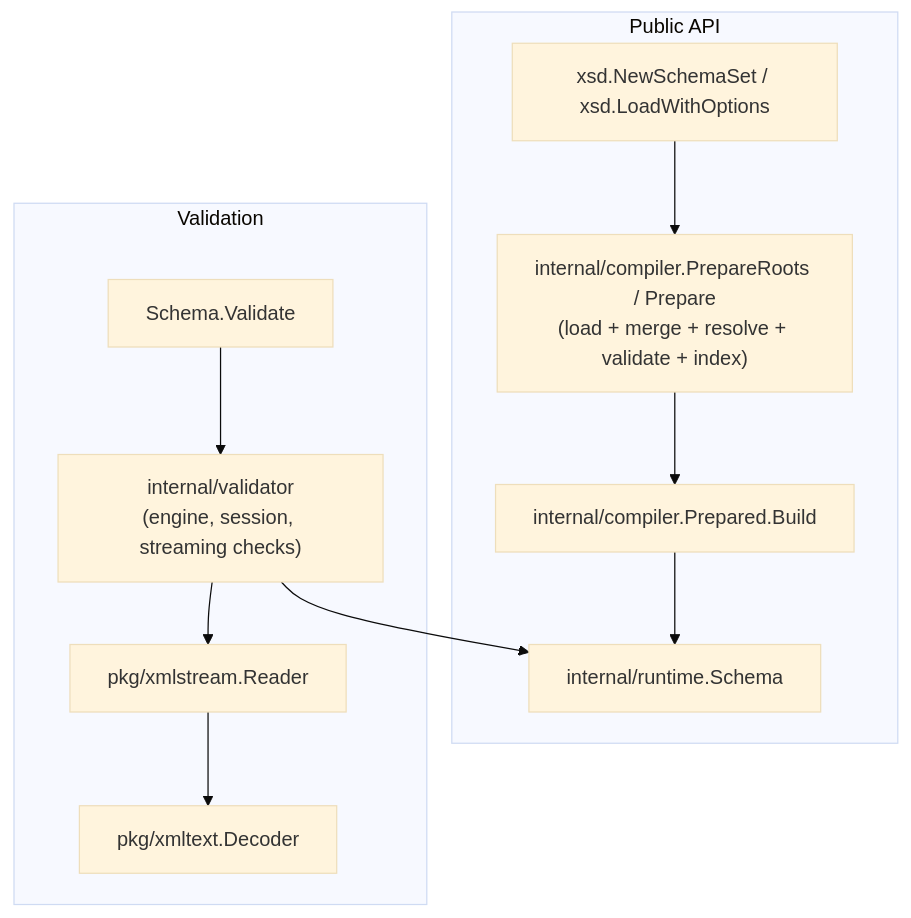
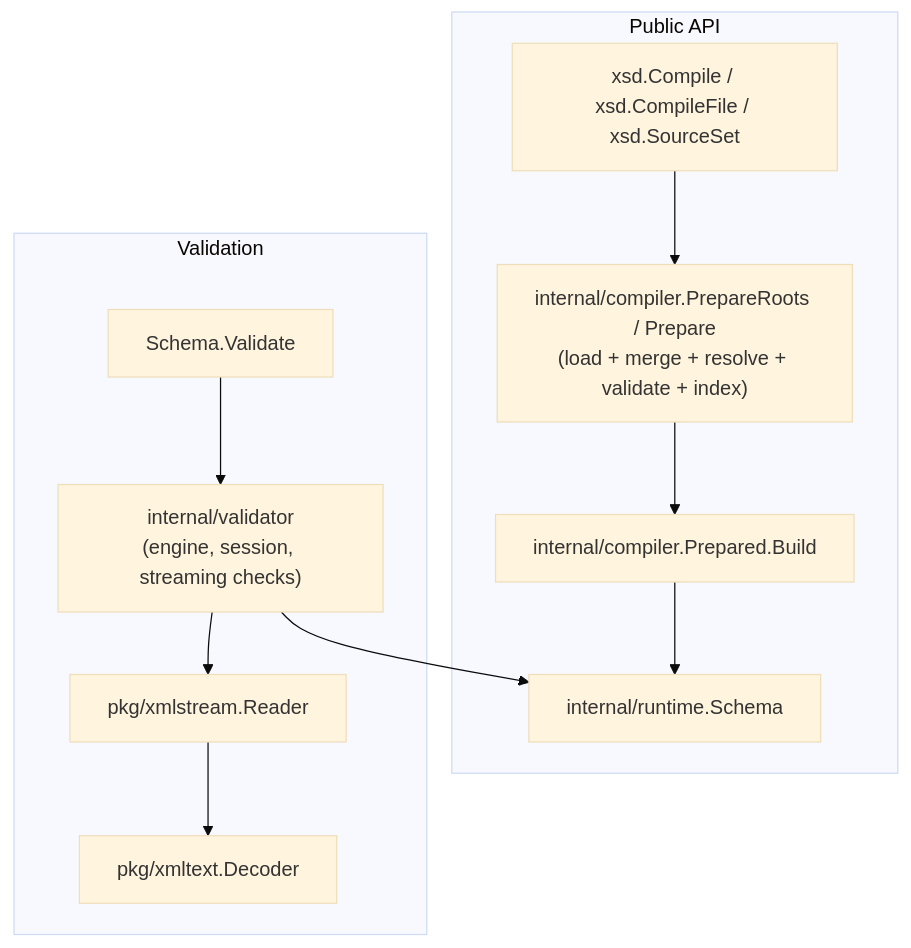
The second of 5 diagrams in docs/architecture.md (jacoelho/xsd), drawn with Mermaid (base theme) before and after one commit. The commit also changed other lines of this file and 224 other files, not shown here.

````diff
--- a/docs/architecture.md
+++ b/docs/architecture.md
@@ -47,12 +47,12 @@
 ```mermaid
 flowchart TD
   subgraph PublicAPI["Public API"]
-    Load["xsd.NewSchemaSet / xsd.LoadWithOptions"] --> Compile["internal/compiler.PrepareRoots / Prepare<br/>(load + merge + resolve + validate + index)"] --> Build["internal/compiler.Prepared.Build"] --> Runtime["internal/runtime.Schema"]
+    Load["xsd.Compile / xsd.CompileFile / xsd.SourceSet"] --> Compile["internal/compiler.PrepareRoots / Prepare<br/>(load + merge + resolve + validate + index)"] --> Build["internal/compiler.Prepared.Build"] --> Runtime["internal/runtime.Schema"]
   end
   subgraph Validation
     Validate["Schema.Validate"] --> ValidatorPkg["internal/validator<br/>(engine, session, streaming checks)"]
     ValidatorPkg --> Runtime
     ValidatorPkg --> XMLPkg["pkg/xmlstream.Reader"]
     XMLPkg --> XMLText["pkg/xmltext.Decoder"]
   end
 ```
````
